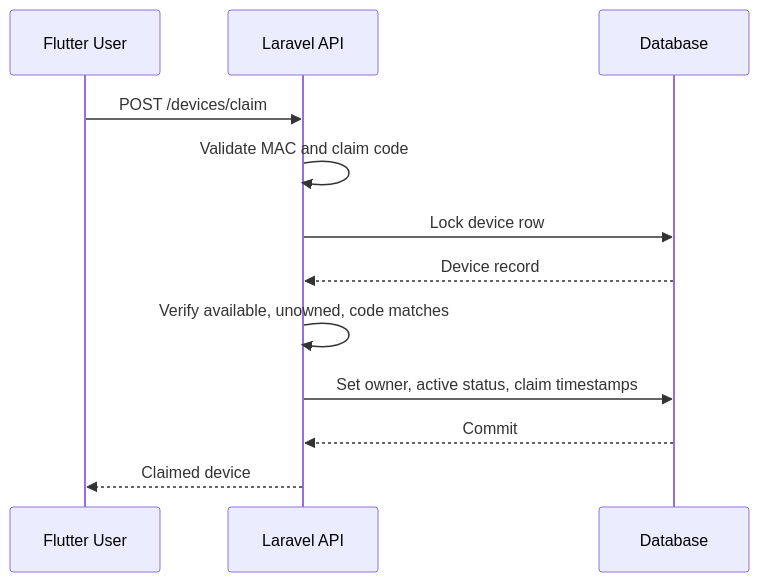
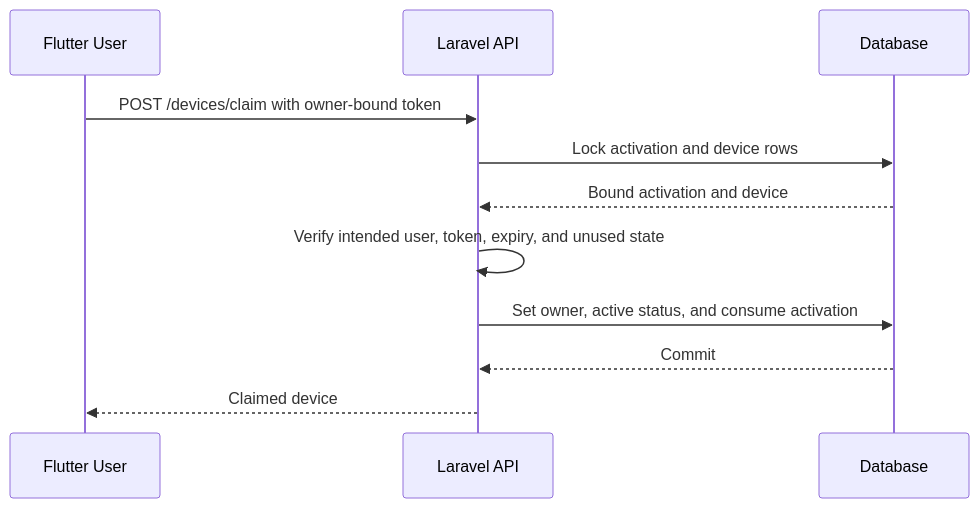
One commit to SEEDOFT/lntb changed the second of 3 diagrams in docs/architecture/SYSTEM_ARCHITECTURE.md. Above: the diagram before and after it, drawn with Mermaid. The commit also changed other lines of this file and 8 other files, not shown here.

````diff
--- a/docs/architecture/SYSTEM_ARCHITECTURE.md
+++ b/docs/architecture/SYSTEM_ARCHITECTURE.md
@@ -86,15 +86,14 @@
 ```mermaid
 sequenceDiagram
     participant U as Flutter User
     participant A as Laravel API
     participant DB as Database
 
-    U->>A: POST /devices/claim
-    A->>A: Validate MAC and claim code
-    A->>DB: Lock device row
-    DB-->>A: Device record
-    A->>A: Verify available, unowned, code matches
-    A->>DB: Set owner, active status, claim timestamps
+    U->>A: POST /devices/claim with owner-bound token
+    A->>DB: Lock activation and device rows
+    DB-->>A: Bound activation and device
+    A->>A: Verify intended user, token, expiry, and unused state
+    A->>DB: Set owner, active status, and consume activation
     DB-->>A: Commit
     A-->>U: Claimed device
 ```
````
